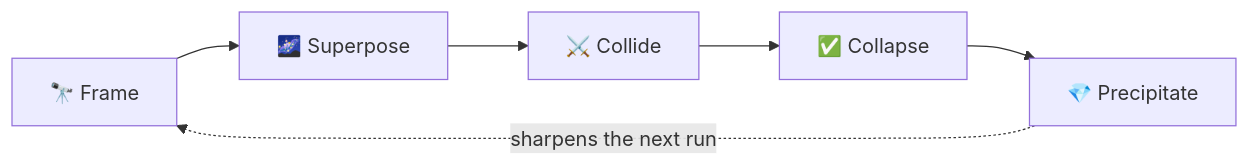
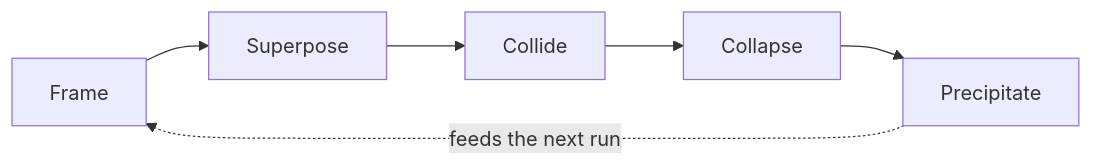
Before and after one commit to aura-farming/pqa: the diagram in README.md, drawn with Mermaid. The commit also changed other lines of this file, not shown here.

````diff
--- a/README.md
+++ b/README.md
@@ -49,5 +54,5 @@
 ```mermaid
 flowchart LR
-  F["🔭 Frame"] --> S["🌌 Superpose"] --> C["⚔️ Collide"] --> V["✅ Collapse"] --> P["💎 Precipitate"]
-  P -. "sharpens the next run" .-> F
+  F["Frame"] --> S["Superpose"] --> C["Collide"] --> V["Collapse"] --> P["Precipitate"]
+  P -. "feeds the next run" .-> F
 ```
````
